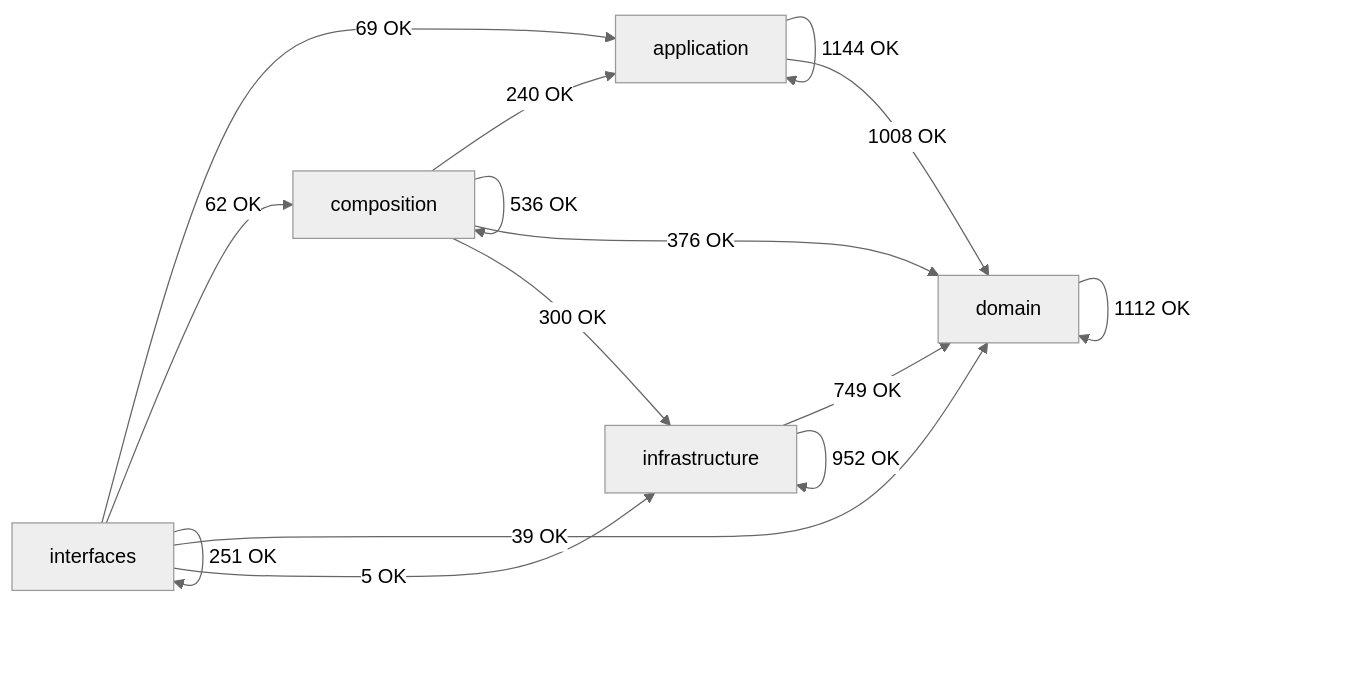
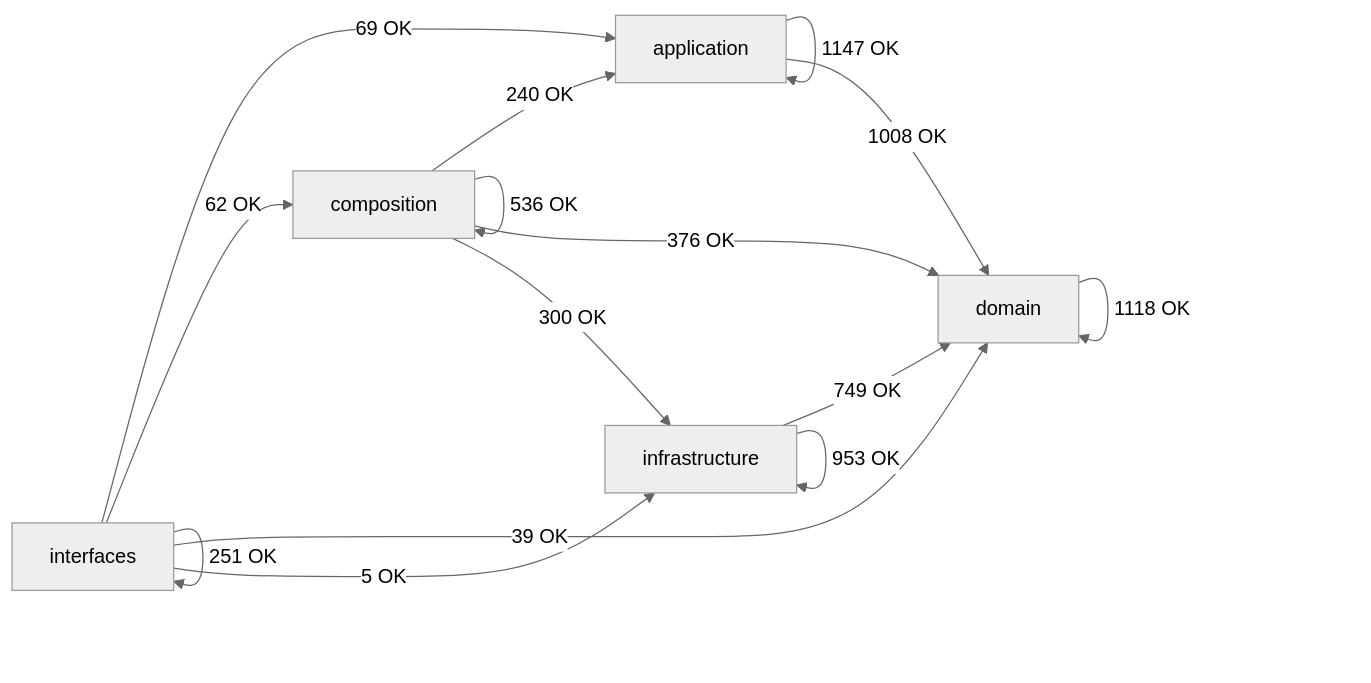
The diagram in docs/02-architecture/generated/module-dependency-map.md (SatoryKono/BioactivityDataAcquisition), drawn with Mermaid (neutral theme) before and after one commit. The commit also changed other lines of this file and 42 other files, not shown here.

````diff
--- a/docs/02-architecture/generated/module-dependency-map.md
+++ b/docs/02-architecture/generated/module-dependency-map.md
@@ -17,22 +17,22 @@
 ```mermaid
 flowchart LR
     domain[domain]
     application[application]
     infrastructure[infrastructure]
     composition[composition]
     interfaces[interfaces]
-    application -->|1144 OK| application
+    application -->|1147 OK| application
     application -->|1008 OK| domain
     composition -->|240 OK| application
     composition -->|536 OK| composition
     composition -->|376 OK| domain
     composition -->|300 OK| infrastructure
-    domain -->|1112 OK| domain
+    domain -->|1118 OK| domain
     infrastructure -->|749 OK| domain
-    infrastructure -->|952 OK| infrastructure
+    infrastructure -->|953 OK| infrastructure
     interfaces -->|69 OK| application
     interfaces -->|62 OK| composition
     interfaces -->|39 OK| domain
     interfaces -->|5 OK| infrastructure
     interfaces -->|251 OK| interfaces
 ```
````
